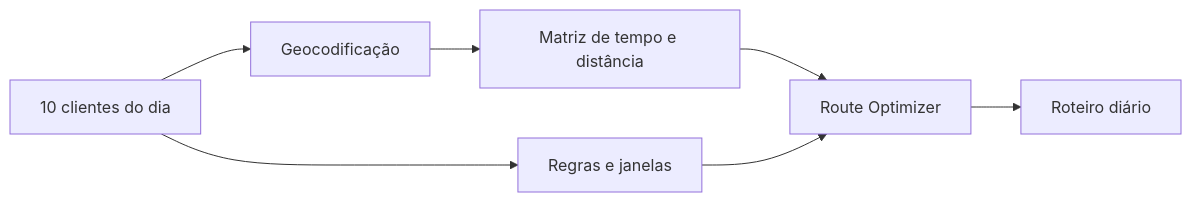
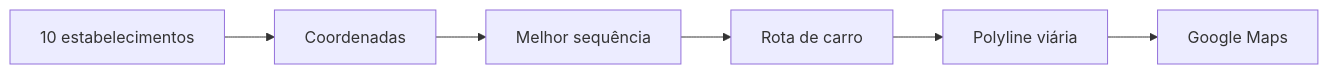
The second of 3 diagrams in README.md (sales-force-pb/melhor-abordagem), drawn with Mermaid before and after one commit. The commit also changed other lines of this file, not shown here.

Commit message:
docs: show project mockups on root readme

````diff
--- a/README.md
+++ b/README.md
@@ -34,15 +42,14 @@
 ```mermaid
 flowchart LR
-    A[10 clientes do dia]
-    B[Geocodificação]
-    C[Matriz de tempo e distância]
-    D[Regras e janelas]
-    E[Route Optimizer]
-    F[Roteiro diário]
+    A[10 estabelecimentos]
+    B[Coordenadas]
+    C[Melhor sequência]
+    D[Rota de carro]
+    E[Polyline viária]
+    F[Google Maps]
     A --> B
     B --> C
-    A --> D
-    C --> E
+    C --> D
     D --> E
     E --> F
 ```
````
